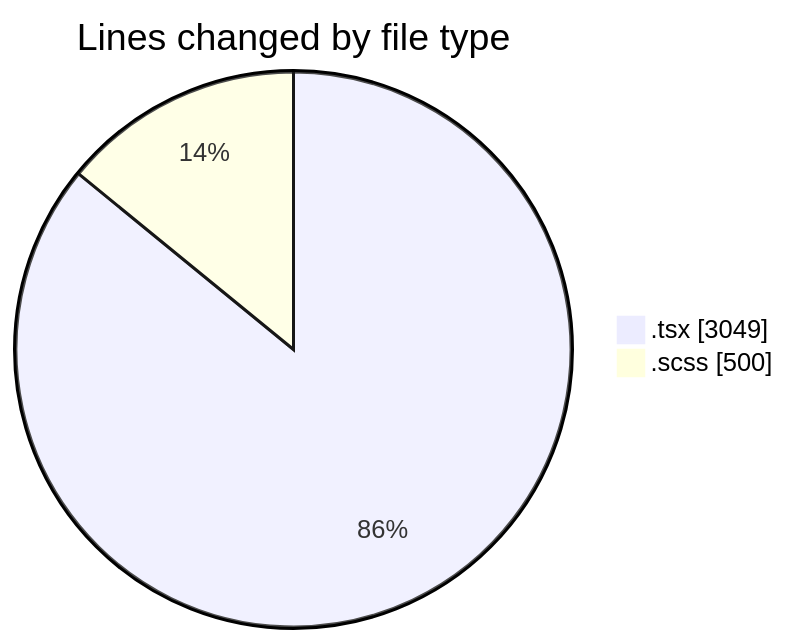
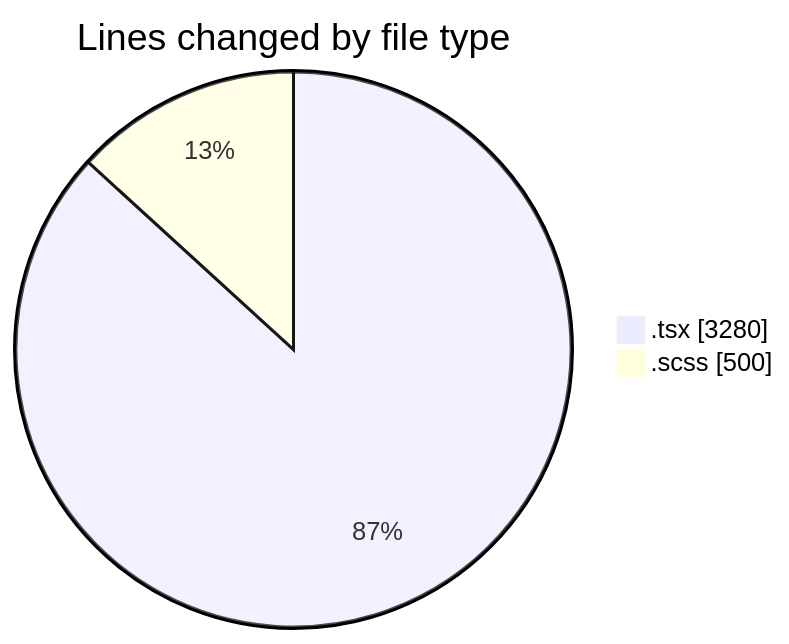
The first of 2 diagrams in 2025-04-10/cda/README.md (momahboobian/code-tracking), drawn with Mermaid before and after one commit. The commit also changed other lines of this file and 1 other file, not shown here.

````diff
--- a/2025-04-10/cda/README.md
+++ b/2025-04-10/cda/README.md
@@ -26,6 +26,6 @@
 ```mermaid
 pie showData
 title Lines changed by file type
-".tsx" : 3049
+".tsx" : 3280
 ".scss" : 500
 ```
````
